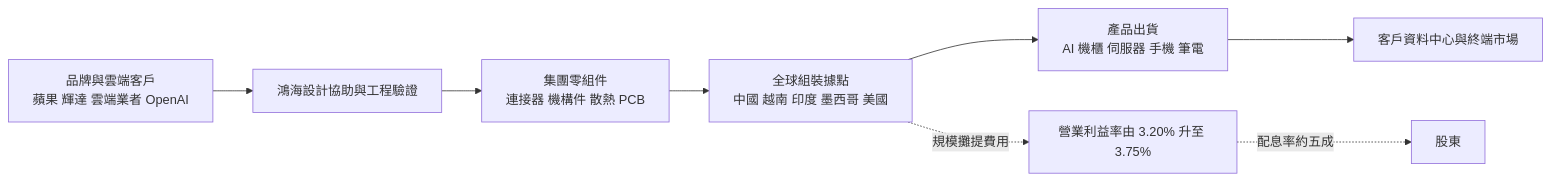
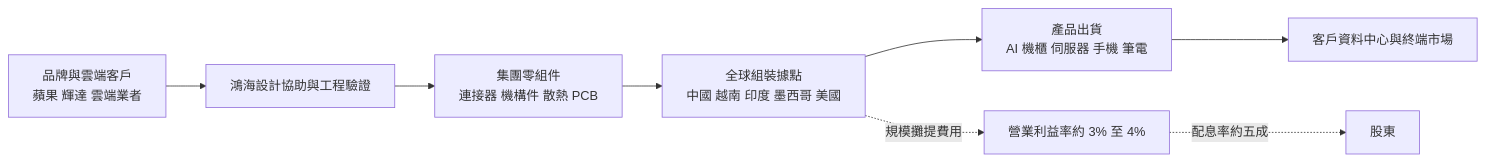
The second of 4 diagrams in 個股/台股/2317鴻海.md (wangnick1004/taiwan-stock-vault), drawn with Mermaid before and after one commit. The commit also changed other lines of this file and 6 other files, not shown here.

````diff
--- a/個股/台股/2317鴻海.md
+++ b/個股/台股/2317鴻海.md
@@ -79,10 +79,10 @@
 ```mermaid
 flowchart LR
-    A["品牌與雲端客戶<br/>蘋果 輝達 雲端業者 OpenAI"] --> B[鴻海設計協助與工程驗證]
+    A["品牌與雲端客戶<br/>蘋果 輝達 雲端業者"] --> B[鴻海設計協助與工程驗證]
     B --> C["集團零組件<br/>連接器 機構件 散熱 PCB"]
     C --> D["全球組裝據點<br/>中國 越南 印度 墨西哥 美國"]
     D --> E["產品出貨<br/>AI 機櫃 伺服器 手機 筆電"]
     E --> F[客戶資料中心與終端市場]
-    D -. 規模攤提費用 .-> G[營業利益率由 3.20% 升至 3.75%]
+    D -. 規模攤提費用 .-> G[營業利益率約 3% 至 4%]
     G -. 配息率約五成 .-> H[股東]
 ```
````
